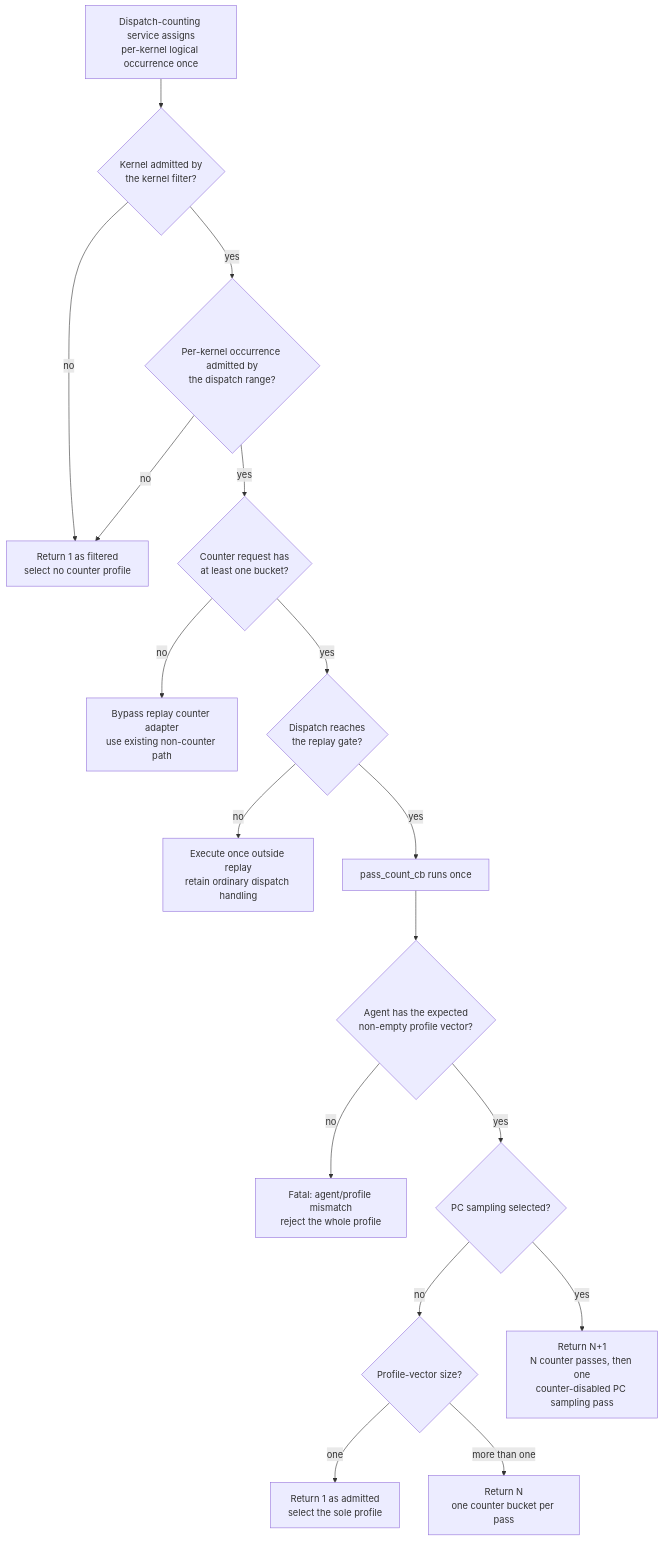
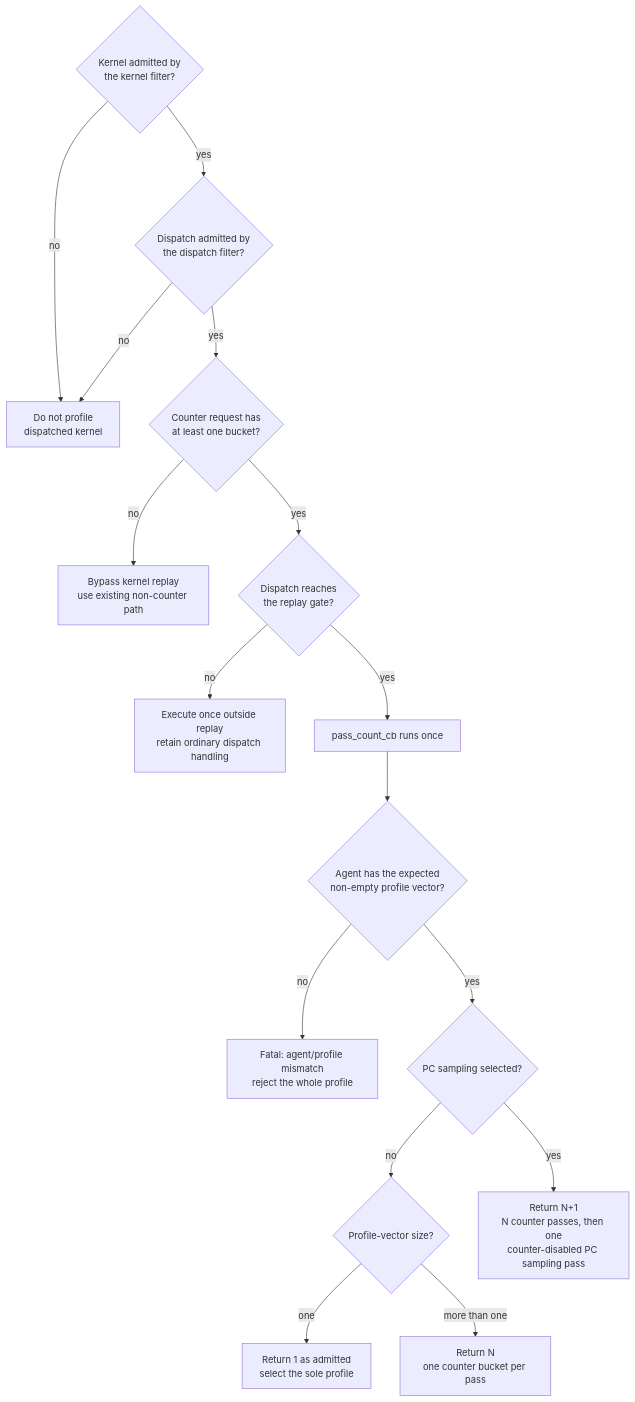
One commit to ROCm/rocm-systems changed the fifth of 5 diagrams in projects/rocprofiler-compute/docs/design/hld-kernel-replay.md. Above: the diagram before and after it, drawn with Mermaid. The commit also changed other lines of this file, not shown here.

Commit message:
Simplify kernel replay dispatch filtering

````diff
--- a/projects/rocprofiler-compute/docs/design/hld-kernel-replay.md
+++ b/projects/rocprofiler-compute/docs/design/hld-kernel-replay.md
@@ -295,35 +295,33 @@
 ```mermaid
 flowchart TD
-    Observe["Dispatch-counting service assigns<br/>per-kernel logical occurrence once"]
     Kernel{"Kernel admitted by<br/>the kernel filter?"}
-    Range{"Per-kernel occurrence admitted by<br/>the dispatch range?"}
-    Filtered["Return 1 as filtered<br/>select no counter profile"]
+    Range{"Dispatch admitted by<br/>the dispatch filter?"}
+    Filtered["Do not profile <br/> dispatched kernel"]
     Request{"Counter request has<br/>at least one bucket?"}
-    Zero["Bypass replay counter adapter<br/>use existing non-counter path"]
+    Zero["Bypass kernel replay<br/>use existing non-counter path"]
     Gate{"Dispatch reaches<br/>the replay gate?"}
     Ordinary["Execute once outside replay<br/>retain ordinary dispatch handling"]
     Start["pass_count_cb runs once"]
     Vector{"Agent has the expected<br/>non-empty profile vector?"}
     Fatal["Fatal: agent/profile mismatch<br/>reject the whole profile"]
     Size{"Profile-vector size?"}
     Single["Return 1 as admitted<br/>select the sole profile"]
     PC{"PC sampling selected?"}
     N["Return N<br/>one counter bucket per pass"]
     NPlus["Return N+1<br/>N counter passes, then one<br/>counter-disabled PC sampling pass"]
 
-    Observe --> Kernel
     Kernel -- no --> Filtered
     Kernel -- yes --> Range
     Range -- no --> Filtered
     Range -- yes --> Request
     Request -- no --> Zero
     Request -- yes --> Gate
     Gate -- no --> Ordinary
     Gate -- yes --> Start --> Vector
     Vector -- no --> Fatal
     Vector -- yes --> PC
     PC -- yes --> NPlus
     PC -- no --> Size
     Size -- one --> Single
     Size -- more than one --> N
 ```
````
